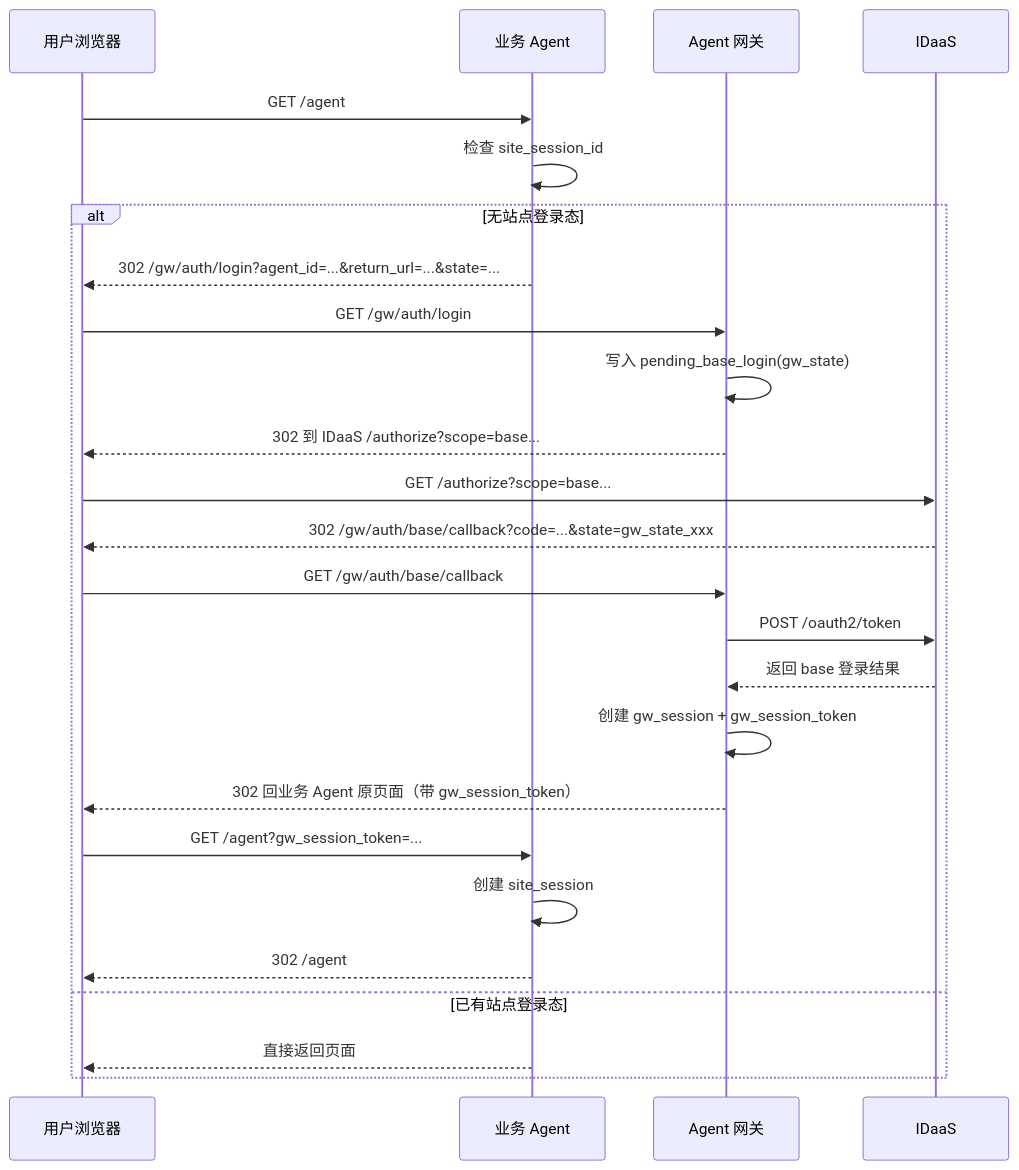
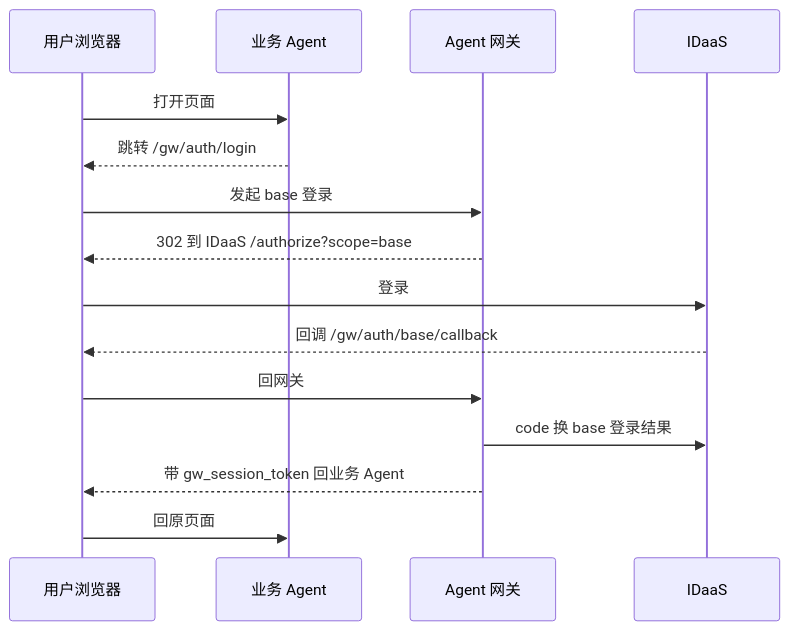
Before and after one commit to xuning117634-ux/auth-design-spec: the first of 2 diagrams in docs/final_design/quick_read/02_主流程速记.md, drawn with Mermaid. The commit also changed other lines of this file and 8 other files, not shown here.

````diff
--- a/docs/final_design/quick_read/02_主流程速记.md
+++ b/docs/final_design/quick_read/02_主流程速记.md
@@ -13,28 +7,18 @@
 ```mermaid
 sequenceDiagram
-    participant U as 用户浏览器
-    participant BA as 业务 Agent
+    participant 用户 as 用户浏览器
+    participant Agent as 业务 Agent
     participant GW as Agent 网关
-    participant ID as IDaaS
+    participant IDaaS as IDaaS
 
-    U->>BA: GET /agent
-    BA->>BA: 检查 site_session_id
-    alt 无站点登录态
-        BA-->>U: 302 /gw/auth/login?agent_id=...&return_url=...&state=...
-        U->>GW: GET /gw/auth/login
-        GW->>GW: 写入 pending_base_login(gw_state)
-        GW-->>U: 302 到 IDaaS /authorize?scope=base...
-        U->>ID: GET /authorize?scope=base...
-        ID-->>U: 302 /gw/auth/base/callback?code=...&state=gw_state_xxx
-        U->>GW: GET /gw/auth/base/callback
-        GW->>ID: POST /oauth2/token
-        ID-->>GW: 返回 base 登录结果
-        GW->>GW: 创建 gw_session + gw_session_token
-        GW-->>U: 302 回业务 Agent 原页面（带 gw_session_token）
-        U->>BA: GET /agent?gw_session_token=...
-        BA->>BA: 创建 site_session
-        BA-->>U: 302 /agent
-    else 已有站点登录态
-        BA-->>U: 直接返回页面
-    end
+    用户->>Agent: 打开页面
+    Agent-->>用户: 跳转 /gw/auth/login
+    用户->>GW: 发起 base 登录
+    GW-->>用户: 302 到 IDaaS /authorize?scope=base
+    用户->>IDaaS: 登录
+    IDaaS-->>用户: 回调 /gw/auth/base/callback
+    用户->>GW: 回网关
+    GW->>IDaaS: code 换 base 登录结果
+    GW-->>用户: 带 gw_session_token 回业务 Agent
+    用户->>Agent: 回原页面
 ```
````
